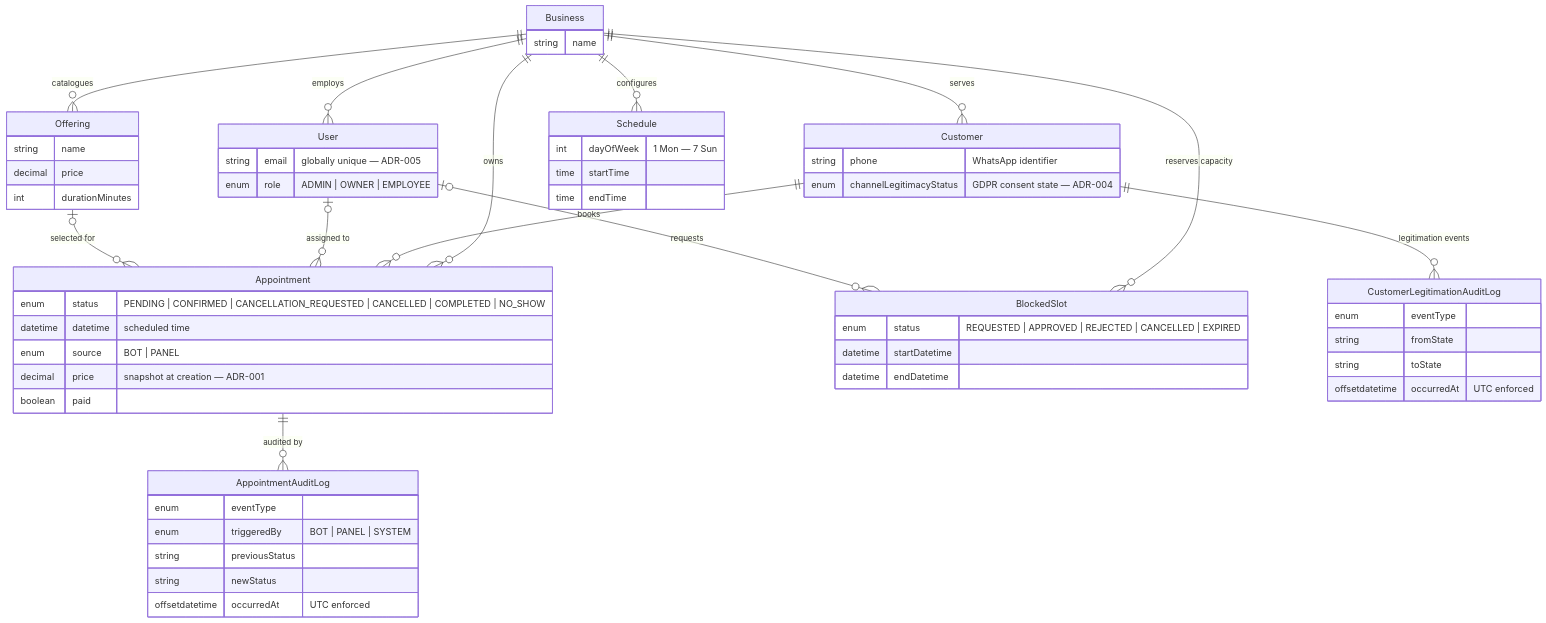
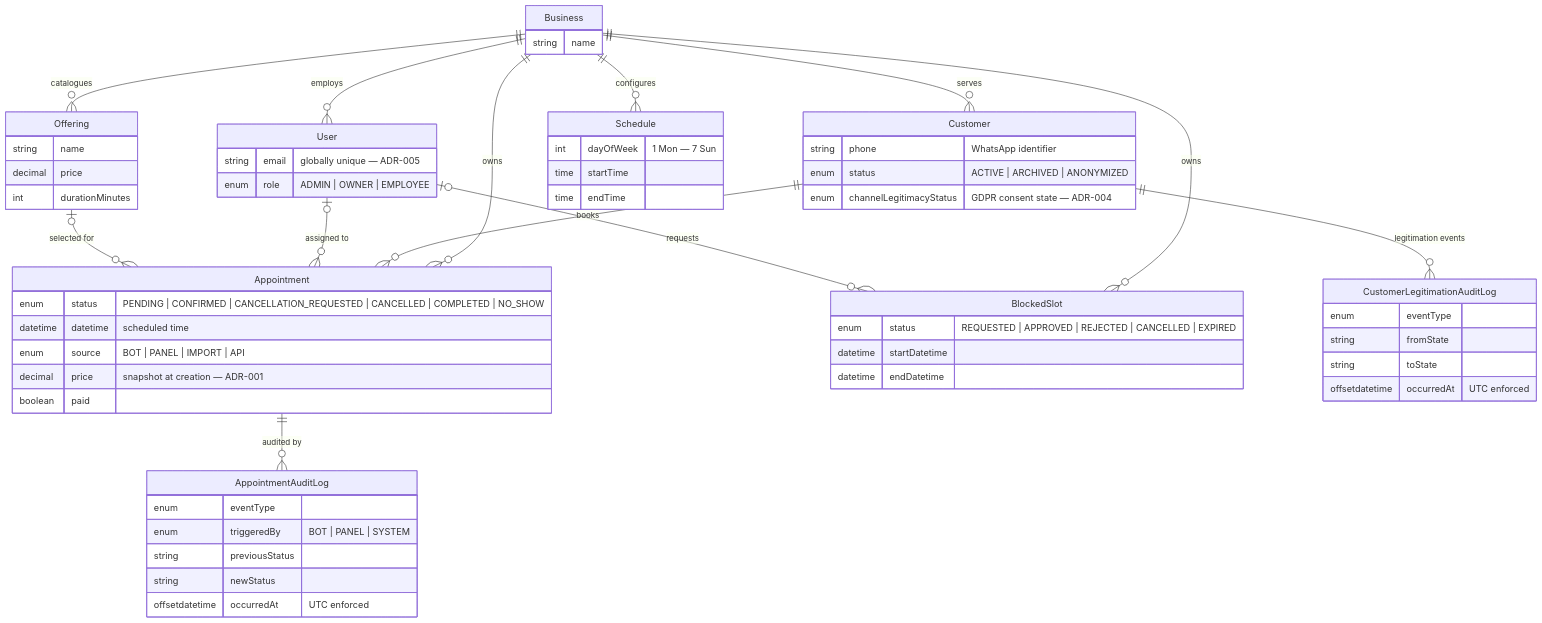
The diagram in docs/architecture/DATA_MODEL.md (GerardGurgui/vookedme-engineering), drawn with Mermaid before and after one commit. The commit also changed other lines of this file and 2 other files, not shown here.

First line of the commit message:
docs(architecture): finalize AX-2 Core Domain Model (v1.7.1)

````diff
--- a/docs/architecture/DATA_MODEL.md
+++ b/docs/architecture/DATA_MODEL.md
@@ -35,63 +35,64 @@
 ```mermaid
 %%{init: {'theme': 'default'}}%%
 erDiagram
     Business {
         string name
     }
     User {
         string email "globally unique — ADR-005"
         enum role "ADMIN | OWNER | EMPLOYEE"
     }
     Customer {
         string phone "WhatsApp identifier"
+        enum status "ACTIVE | ARCHIVED | ANONYMIZED"
         enum channelLegitimacyStatus "GDPR consent state — ADR-004"
     }
     Appointment {
         enum status "PENDING | CONFIRMED | CANCELLATION_REQUESTED | CANCELLED | COMPLETED | NO_SHOW"
         datetime datetime "scheduled time"
-        enum source "BOT | PANEL"
+        enum source "BOT | PANEL | IMPORT | API"
         decimal price "snapshot at creation — ADR-001"
         boolean paid
     }
     Offering {
         string name
         decimal price
         int durationMinutes
     }
     Schedule {
         int dayOfWeek "1 Mon — 7 Sun"
         time startTime
         time endTime
     }
     BlockedSlot {
         enum status "REQUESTED | APPROVED | REJECTED | CANCELLED | EXPIRED"
         datetime startDatetime
         datetime endDatetime
     }
     AppointmentAuditLog {
         enum eventType
         enum triggeredBy "BOT | PANEL | SYSTEM"
         string previousStatus
         string newStatus
         offsetdatetime occurredAt "UTC enforced"
     }
     CustomerLegitimationAuditLog {
         enum eventType
         string fromState
         string toState
         offsetdatetime occurredAt "UTC enforced"
     }
 
     Business ||--o{ User : "employs"
     Business ||--o{ Customer : "serves"
     Business ||--o{ Offering : "catalogues"
     Business ||--o{ Schedule : "configures"
     Business ||--o{ Appointment : "owns"
-    Business ||--o{ BlockedSlot : "reserves capacity"
+    Business ||--o{ BlockedSlot : "owns"
     Customer ||--o{ Appointment : "books"
     User |o--o{ Appointment : "assigned to"
     Offering |o--o{ Appointment : "selected for"
     User |o--o{ BlockedSlot : "requests"
     Appointment ||--o{ AppointmentAuditLog : "audited by"
     Customer ||--o{ CustomerLegitimationAuditLog : "legitimation events"
 ```
````
